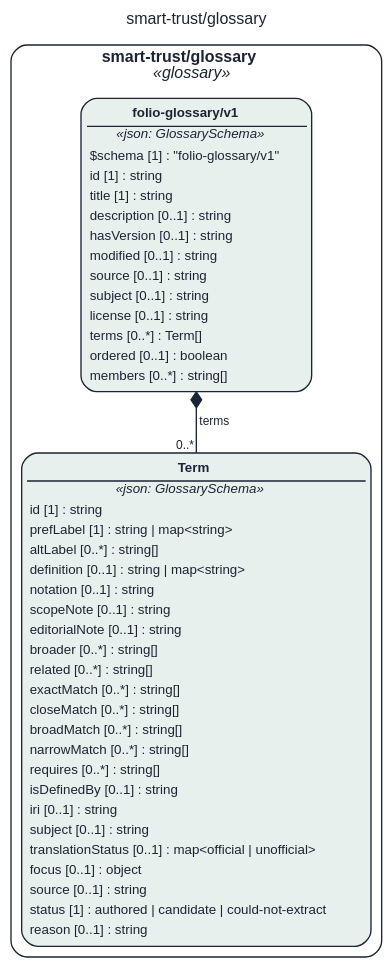
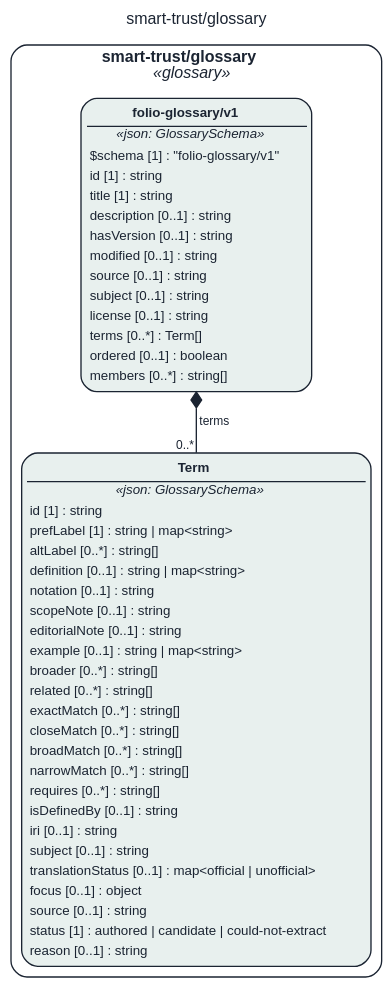
Before and after one commit to litlfred/folio-assistant: the diagram in assets/img/uml/overview/smart-trust/glossary.dot, drawn with Graphviz. The commit also changed 43825 other files, not shown here.

```diff
--- a/assets/img/uml/overview/smart-trust/glossary.dot
+++ b/assets/img/uml/overview/smart-trust/glossary.dot
@@ -1,13 +1,13 @@
 // GENERATED by cat-harness-tools/scripts/gen-uml-overview.ts — do not edit.
 // Rendered page (interactive view, same model): https://litlfred.github.io/folio-assistant/uml/overview/smart-trust/glossary.html
 digraph "smart_trust_glossary" {
   graph [label="smart-trust/glossary", labelloc=t, fontname="Helvetica", fontsize=12, fontcolor="#1b2432", newrank=true, ratio=auto, nodesep=0.3, ranksep=0.5, bgcolor="transparent"];
   node [shape=box, style="rounded,filled", margin=0.05, fontname="Helvetica", fontsize=10, color="#1b2432", fontcolor="#1b2432"];
   edge [color="#1b2432", fontcolor="#1b2432", fontname="Helvetica", fontsize=9];
   subgraph "cluster_pkg_smart_trust_glossary" {
     label=<<b>smart-trust/glossary</b><br/><i>«glossary»</i>>; style="rounded"; color="#1b2432"; class="fa_uml_subgraph";
-    "smart_trust_glossary_folio_glossary_v1_Term" [fillcolor="#e8f0ee", class="fa_uml_kind_glossary", label=<<table border="0" cellborder="0" cellspacing="0" cellpadding="2"><tr><td border="1" sides="b"><b>Term</b></td></tr><tr><td><i>«json: GlossarySchema»</i></td></tr><tr><td align="left">id [1] : string</td></tr><tr><td align="left">prefLabel [1] : string | map&lt;string&gt;</td></tr><tr><td align="left">altLabel [0..*] : string[]</td></tr><tr><td align="left">definition [0..1] : string | map&lt;string&gt;</td></tr><tr><td align="left">notation [0..1] : string</td></tr><tr><td align="left">scopeNote [0..1] : string</td></tr><tr><td align="left">editorialNote [0..1] : string</td></tr><tr><td align="left">broader [0..*] : string[]</td></tr><tr><td align="left">related [0..*] : string[]</td></tr><tr><td align="left">exactMatch [0..*] : string[]</td></tr><tr><td align="left">closeMatch [0..*] : string[]</td></tr><tr><td align="left">broadMatch [0..*] : string[]</td></tr><tr><td align="left">narrowMatch [0..*] : string[]</td></tr><tr><td align="left">requires [0..*] : string[]</td></tr><tr><td align="left">isDefinedBy [0..1] : string</td></tr><tr><td align="left">iri [0..1] : string</td></tr><tr><td align="left">subject [0..1] : string</td></tr><tr><td align="left">translationStatus [0..1] : map&lt;official | unofficial&gt;</td></tr><tr><td align="left">focus [0..1] : object</td></tr><tr><td align="left">source [0..1] : string</td></tr><tr><td align="left">status [1] : authored | candidate | could-not-extract</td></tr><tr><td align="left">reason [0..1] : string</td></tr></table>>];
+    "smart_trust_glossary_folio_glossary_v1_Term" [fillcolor="#e8f0ee", class="fa_uml_kind_glossary", label=<<table border="0" cellborder="0" cellspacing="0" cellpadding="2"><tr><td border="1" sides="b"><b>Term</b></td></tr><tr><td><i>«json: GlossarySchema»</i></td></tr><tr><td align="left">id [1] : string</td></tr><tr><td align="left">prefLabel [1] : string | map&lt;string&gt;</td></tr><tr><td align="left">altLabel [0..*] : string[]</td></tr><tr><td align="left">definition [0..1] : string | map&lt;string&gt;</td></tr><tr><td align="left">notation [0..1] : string</td></tr><tr><td align="left">scopeNote [0..1] : string</td></tr><tr><td align="left">editorialNote [0..1] : string</td></tr><tr><td align="left">example [0..1] : string | map&lt;string&gt;</td></tr><tr><td align="left">broader [0..*] : string[]</td></tr><tr><td align="left">related [0..*] : string[]</td></tr><tr><td align="left">exactMatch [0..*] : string[]</td></tr><tr><td align="left">closeMatch [0..*] : string[]</td></tr><tr><td align="left">broadMatch [0..*] : string[]</td></tr><tr><td align="left">narrowMatch [0..*] : string[]</td></tr><tr><td align="left">requires [0..*] : string[]</td></tr><tr><td align="left">isDefinedBy [0..1] : string</td></tr><tr><td align="left">iri [0..1] : string</td></tr><tr><td align="left">subject [0..1] : string</td></tr><tr><td align="left">translationStatus [0..1] : map&lt;official | unofficial&gt;</td></tr><tr><td align="left">focus [0..1] : object</td></tr><tr><td align="left">source [0..1] : string</td></tr><tr><td align="left">status [1] : authored | candidate | could-not-extract</td></tr><tr><td align="left">reason [0..1] : string</td></tr></table>>];
     "smart_trust_glossary_folio_glossary_v1_folio_glossary_v1" [fillcolor="#e8f0ee", class="fa_uml_kind_glossary", label=<<table border="0" cellborder="0" cellspacing="0" cellpadding="2"><tr><td border="1" sides="b"><b>folio-glossary/v1</b></td></tr><tr><td><i>«json: GlossarySchema»</i></td></tr><tr><td align="left">$schema [1] : &quot;folio-glossary/v1&quot;</td></tr><tr><td align="left">id [1] : string</td></tr><tr><td align="left">title [1] : string</td></tr><tr><td align="left">description [0..1] : string</td></tr><tr><td align="left">hasVersion [0..1] : string</td></tr><tr><td align="left">modified [0..1] : string</td></tr><tr><td align="left">source [0..1] : string</td></tr><tr><td align="left">subject [0..1] : string</td></tr><tr><td align="left">license [0..1] : string</td></tr><tr><td align="left">terms [0..*] : Term[]</td></tr><tr><td align="left">ordered [0..1] : boolean</td></tr><tr><td align="left">members [0..*] : string[]</td></tr></table>>];
   }
   "smart_trust_glossary_folio_glossary_v1_folio_glossary_v1" -> "smart_trust_glossary_folio_glossary_v1_Term" [dir=both, arrowtail=diamond, arrowhead=none, label="terms", headlabel="0..*", class="fa_uml_composition"];
 }
```
